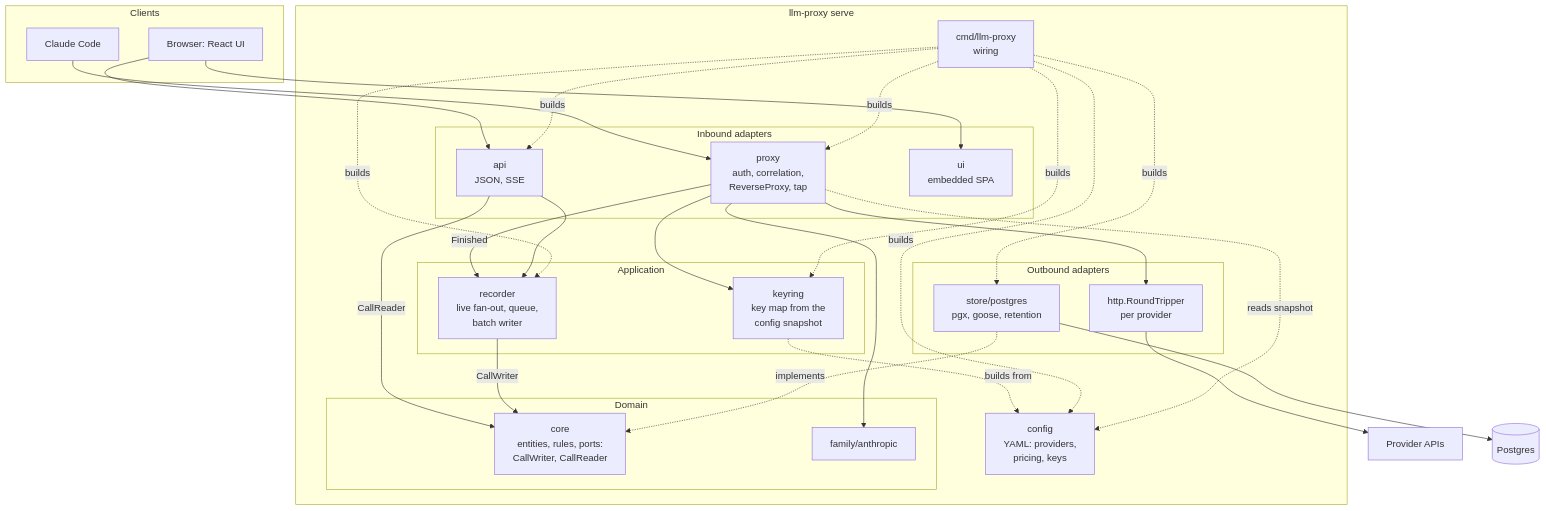
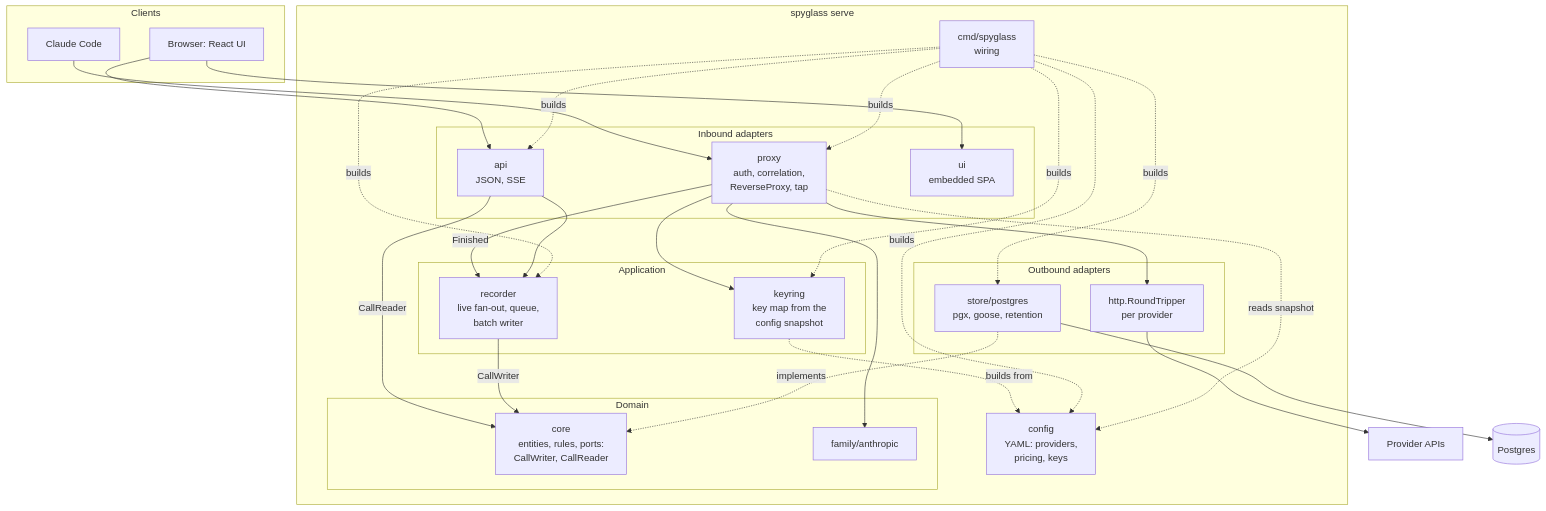
One commit to mtanzi/llm-proxy changed the first of 3 diagrams in docs/architecture/backend.md. Above: the diagram before and after it, drawn with Mermaid. The commit also changed other lines of this file and 147 other files, not shown here.

First line of the commit message:
feat: rename llm-proxy to spyglass (#105)

````diff
--- a/docs/architecture/backend.md
+++ b/docs/architecture/backend.md
@@ -30,48 +30,48 @@
 ```mermaid
 flowchart TB
     subgraph clients[Clients]
         cc[Claude Code]
         br[Browser: React UI]
     end
 
-    subgraph bin[llm-proxy serve]
+    subgraph bin[spyglass serve]
         subgraph inbound[Inbound adapters]
             proxy["proxy<br/>auth, correlation,<br/>ReverseProxy, tap"]
             api["api<br/>JSON, SSE"]
             ui["ui<br/>embedded SPA"]
         end
         subgraph app[Application]
             keyring["keyring<br/>key map from the<br/>config snapshot"]
             recorder["recorder<br/>live fan-out, queue,<br/>batch writer"]
         end
         subgraph domain[Domain]
             core["core<br/>entities, rules, ports:<br/>CallWriter, CallReader"]
             fam["family/anthropic"]
         end
         subgraph outbound[Outbound adapters]
             pgs["store/postgres<br/>pgx, goose, retention"]
             rt["http.RoundTripper<br/>per provider"]
         end
         cfg["config<br/>YAML: providers,<br/>pricing, keys"]
-        wiring["cmd/llm-proxy<br/>wiring"]
+        wiring["cmd/spyglass<br/>wiring"]
     end
 
     up[Provider APIs]
     pg[(Postgres)]
 
     cc --> proxy
     br --> ui
     br --> api
     proxy --> keyring
     proxy --> fam
     proxy -->|Finished| recorder
     proxy --> rt --> up
     api --> recorder
     api -->|CallReader| core
     recorder -->|CallWriter| core
     keyring -.builds from.-> cfg
     pgs -.implements.-> core
     pgs --> pg
     wiring -.builds.-> proxy & api & recorder & keyring & pgs & cfg
     proxy -.reads snapshot.-> cfg
 ```
````
